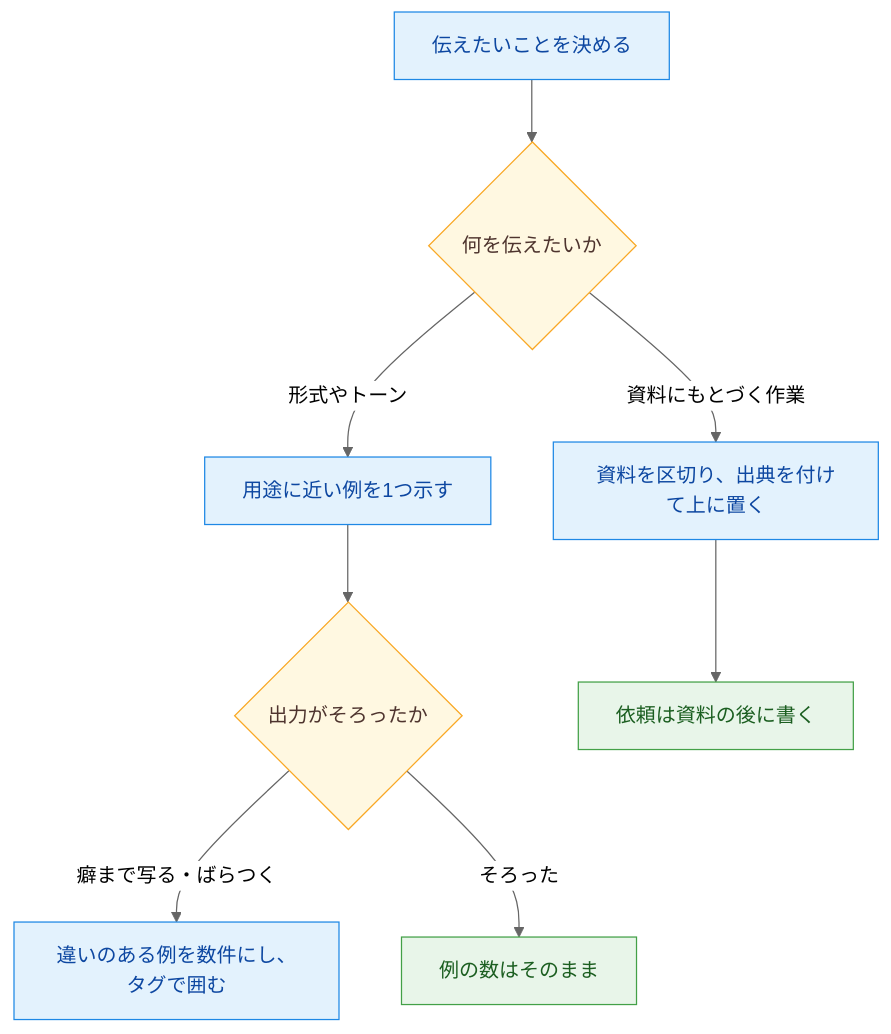
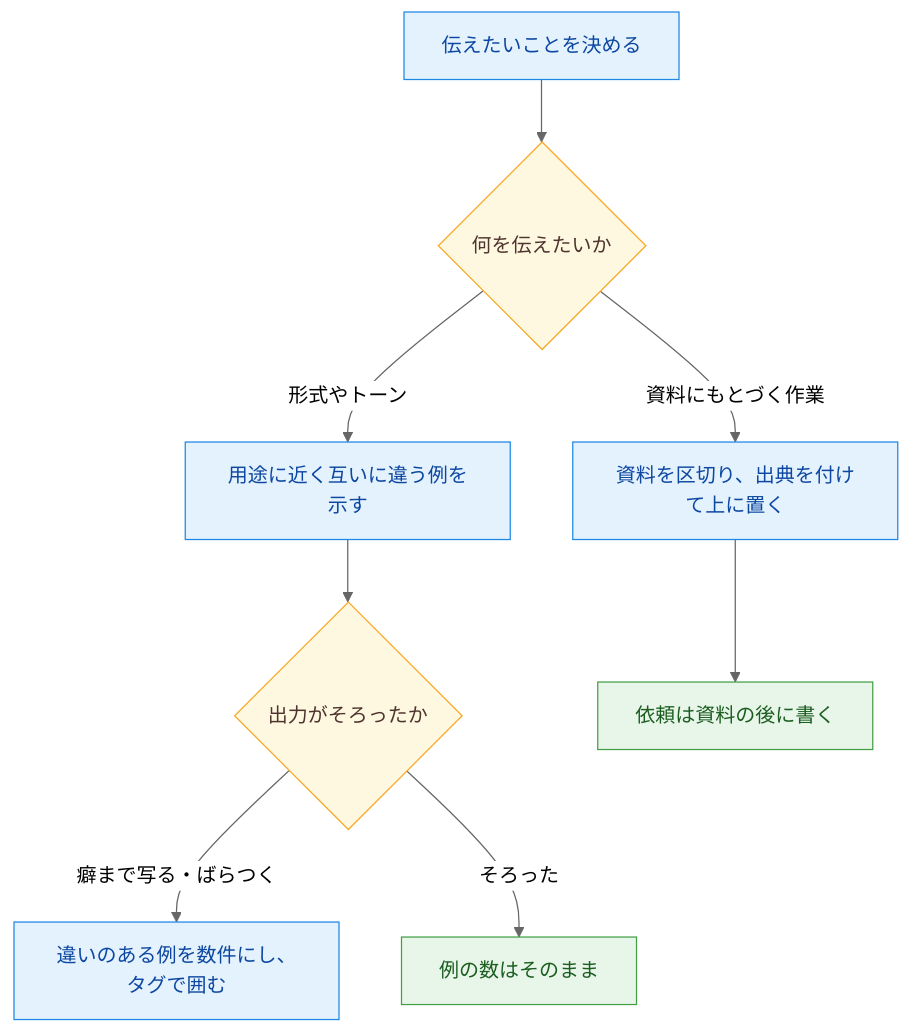
Before and after one commit to yuya-take/yuya-exam-notes: the diagram in ccao-f/notes/01-task-definition-prompting/examples-and-structure.md, drawn with Mermaid (neutral theme). The commit also changed other lines of this file and 5 other files, not shown here.

````diff
--- a/ccao-f/notes/01-task-definition-prompting/examples-and-structure.md
+++ b/ccao-f/notes/01-task-definition-prompting/examples-and-structure.md
@@ -12,16 +12,16 @@
 ```mermaid
 flowchart TD
   A[伝えたいことを決める] --> B{何を伝えたいか}
-  B -- 形式やトーン --> C[用途に近い例を1つ示す]
+  B -- 形式やトーン --> C[用途に近く互いに違う例を示す]
   C --> D{出力がそろったか}
   D -- 癖まで写る・ばらつく --> E[違いのある例を数件にし、タグで囲む]
   D -- そろった --> G[例の数はそのまま]
   B -- 資料にもとづく作業 --> F[資料を区切り、出典を付けて上に置く]
   F --> H[依頼は資料の後に書く]
   classDef run fill:#e3f2fd,stroke:#1e88e5,color:#0d47a1
   classDef judge fill:#fff8e1,stroke:#f9a825,color:#4e342e
   classDef done fill:#e8f5e9,stroke:#43a047,color:#1b5e20
   class A,C,E,F run
   class B,D judge
   class G,H done
 ```
````
